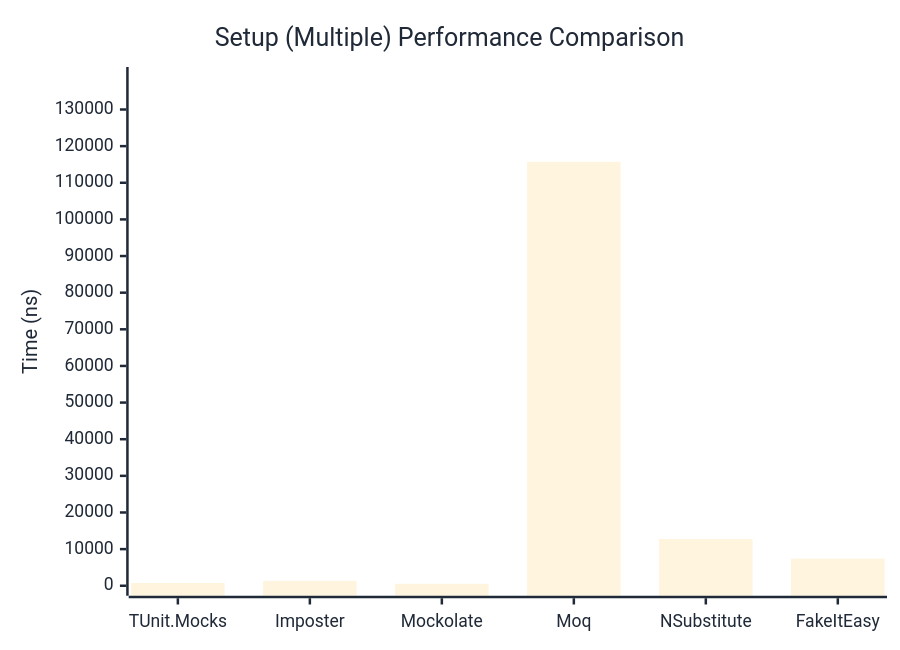
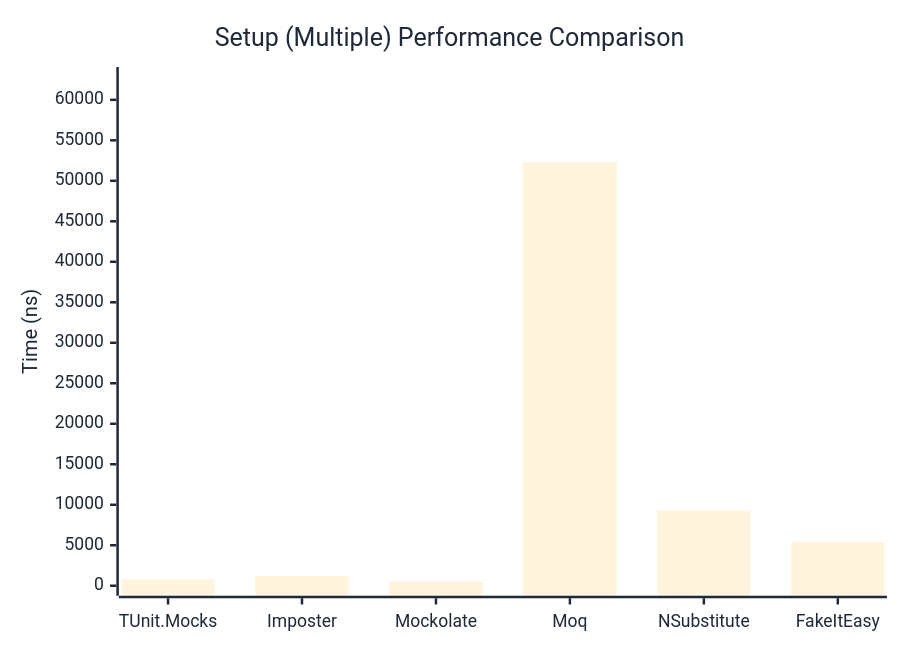
Before and after one commit to thomhurst/TUnit: the second of 2 diagrams in docs/docs/benchmarks/mocks/Setup.md, drawn with Mermaid. The commit also changed other lines of this file and 14 other files, not shown here.

````diff
--- a/docs/docs/benchmarks/mocks/Setup.md
+++ b/docs/docs/benchmarks/mocks/Setup.md
@@ -71,27 +71,27 @@
 ```mermaid
 %%{init: {
   'theme':'base',
   'themeVariables': {
     'primaryColor': '#2563eb',
     'primaryTextColor': '#1f2937',
     'primaryBorderColor': '#1e40af',
     'lineColor': '#6b7280',
     'secondaryColor': '#7c3aed',
     'tertiaryColor': '#dc2626',
     'background': '#ffffff',
     'pie1': '#2563eb',
     'pie2': '#7c3aed',
     'pie3': '#dc2626',
     'pie4': '#f59e0b',
     'pie5': '#10b981',
     'pie6': '#06b6d4',
     'pie7': '#ec4899',
     'pie8': '#6366f1'
   }
 }}%%
 xychart-beta
   title "Setup (Multiple) Performance Comparison"
   x-axis ["TUnit.Mocks", "Imposter", "Mockolate", "Moq", "NSubstitute", "FakeItEasy"]
-  y-axis "Time (ns)" 0 --> 138873
-  bar [745.2, 1320.4, 523.3, 115726.9, 12755.5, 7401.4]
+  y-axis "Time (ns)" 0 --> 62817
+  bar [794.2, 1238.8, 532.8, 52347.2, 9298.8, 5422.6]
 ```
````
